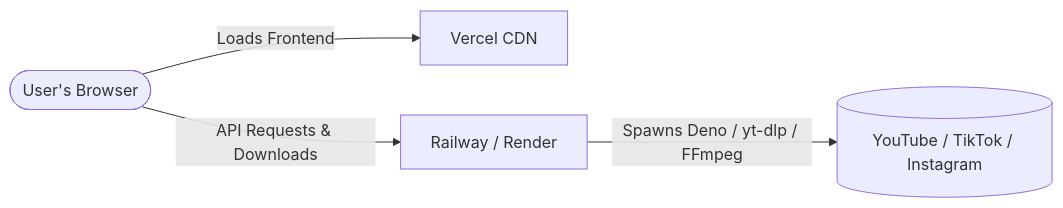
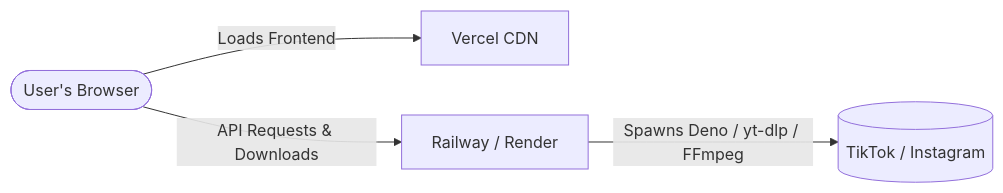
The diagram in vercel_deployment.md (shahabkhanyousafzai009-sys/video-dowloader-frontend), drawn with Mermaid before and after one commit. The commit also changed 882 other files, not shown here.

Commit message:
feat: complete SEO optimization, JSON-LD schemas, sitemap, llms.txt, and platform updates

````diff
--- a/vercel_deployment.md
+++ b/vercel_deployment.md
@@ -11,6 +11,6 @@
 ```mermaid
 graph LR
     User([User's Browser]) -->|Loads Frontend| Vercel[Vercel CDN]
     User -->|API Requests & Downloads| Backend[Railway / Render]
-    Backend -->|Spawns Deno / yt-dlp / FFmpeg| Platforms[(YouTube / TikTok / Instagram)]
+    Backend -->|Spawns Deno / yt-dlp / FFmpeg| Platforms[(TikTok / Instagram)]
 ```
````
